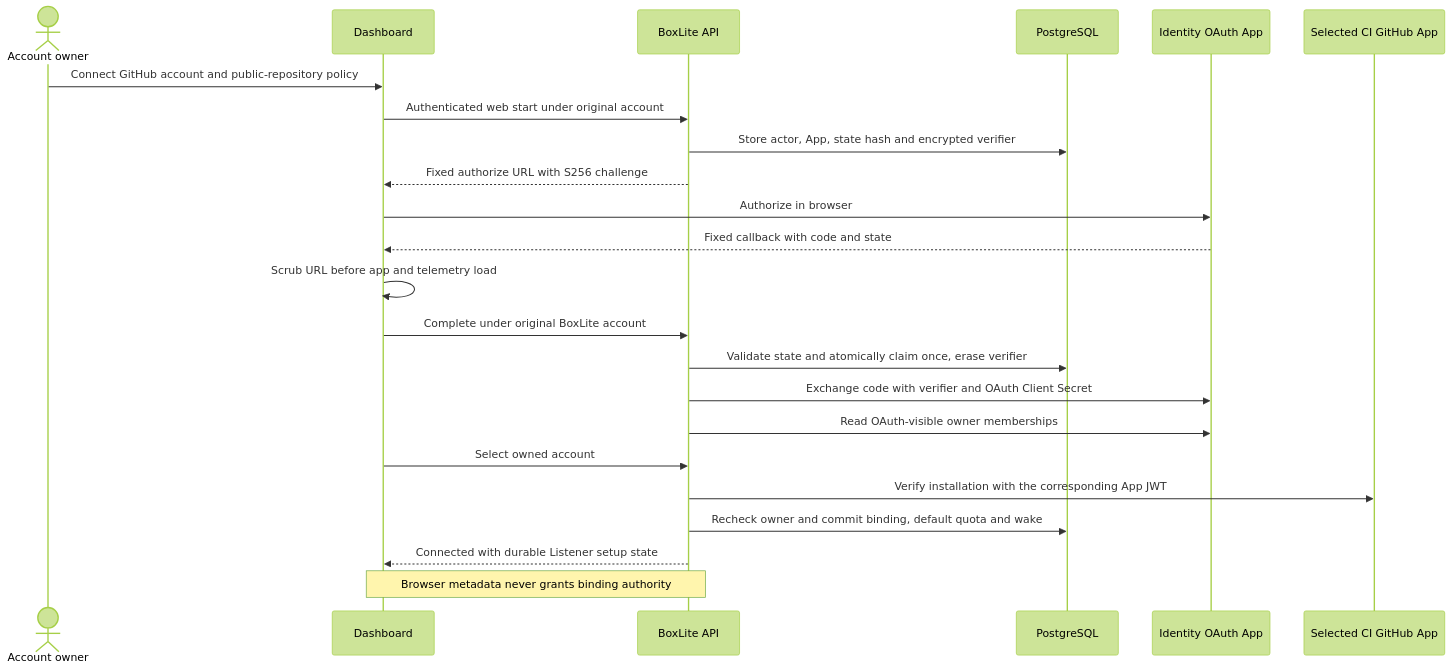
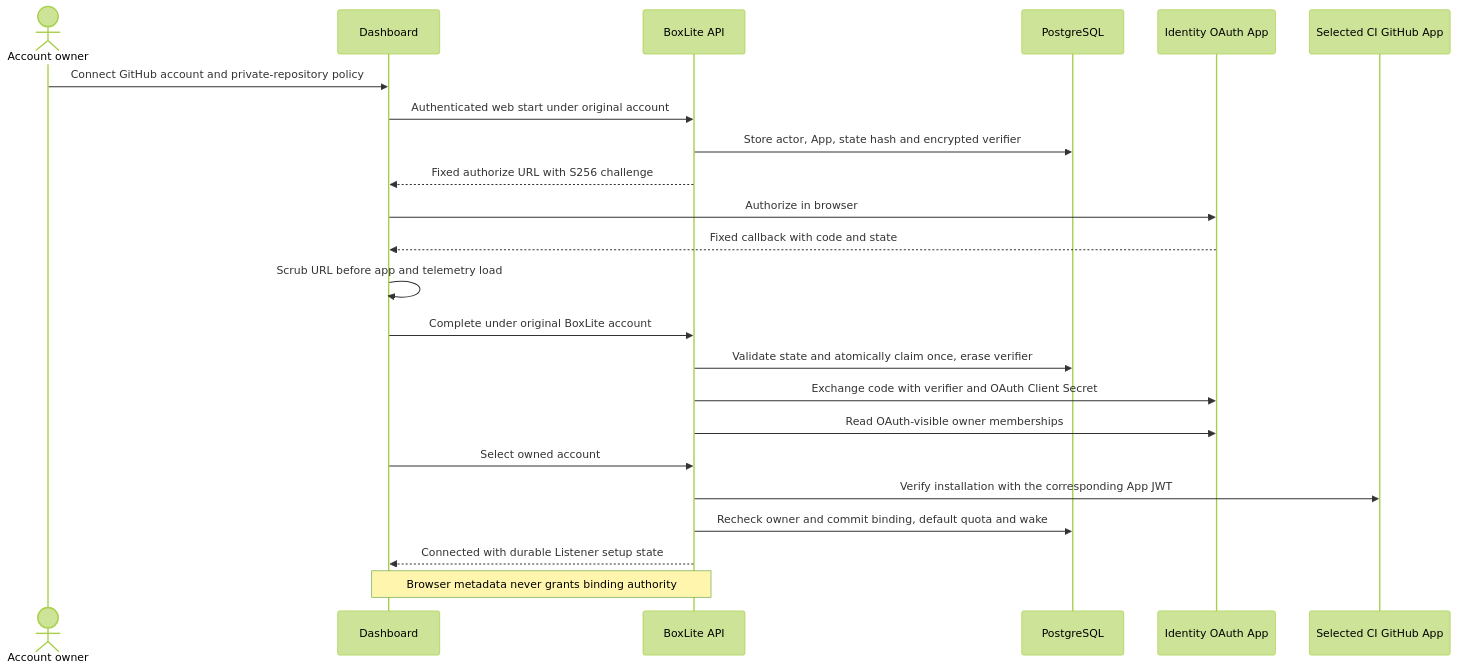
Before and after one commit to boxlite-ai/boxlite: the diagram in apps/dashboard/README.md, drawn with Mermaid (forest theme). The commit also changed other lines of this file and 66 other files, not shown here.

````diff
--- a/apps/dashboard/README.md
+++ b/apps/dashboard/README.md
@@ -835,25 +835,25 @@
 ```mermaid
 sequenceDiagram
     actor U as Account owner
     participant D as Dashboard
     participant A as BoxLite API
     participant P as PostgreSQL
     participant G as Identity OAuth App
     participant C as Selected CI GitHub App
-    U->>D: Connect GitHub account and public-repository policy
+    U->>D: Connect GitHub account and private-repository policy
     D->>A: Authenticated web start under original account
     A->>P: Store actor, App, state hash and encrypted verifier
     A-->>D: Fixed authorize URL with S256 challenge
     D->>G: Authorize in browser
     G-->>D: Fixed callback with code and state
     D->>D: Scrub URL before app and telemetry load
     D->>A: Complete under original BoxLite account
     A->>P: Validate state and atomically claim once, erase verifier
     A->>G: Exchange code with verifier and OAuth Client Secret
     A->>G: Read OAuth-visible owner memberships
     D->>A: Select owned account
     A->>C: Verify installation with the corresponding App JWT
     A->>P: Recheck owner and commit binding, default quota and wake
     A-->>D: Connected with durable Listener setup state
     Note over D,A: Browser metadata never grants binding authority
 ```
````
